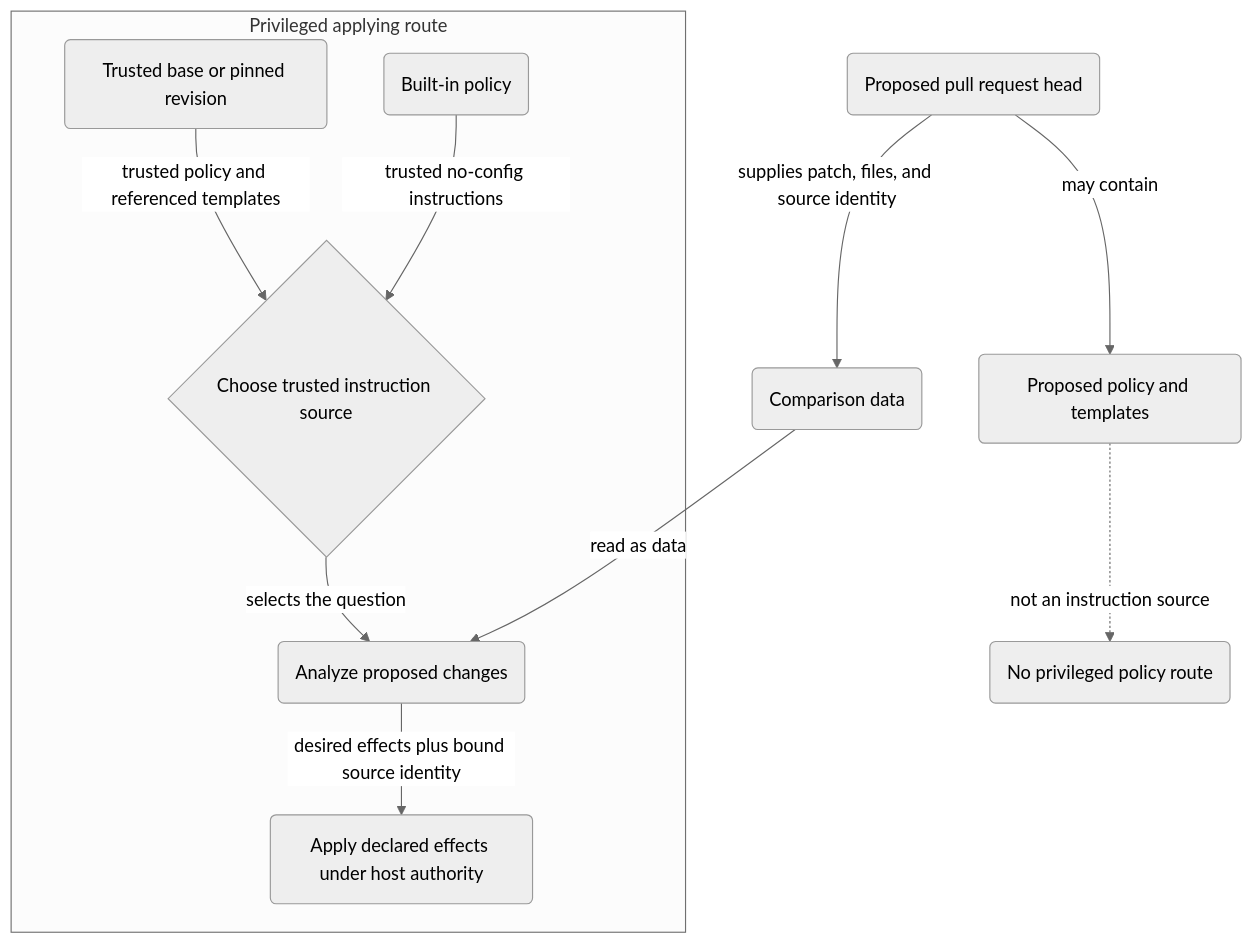
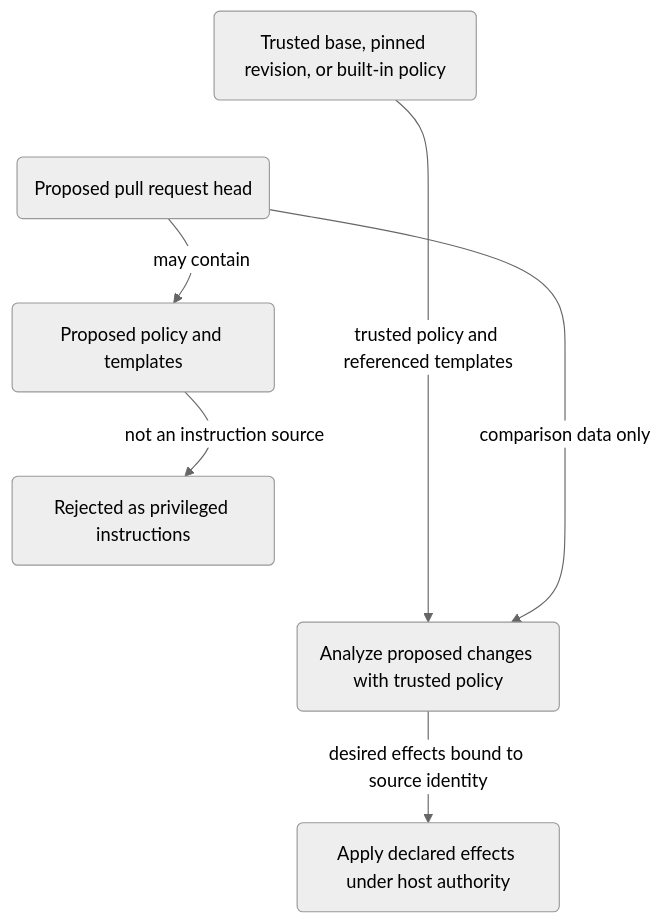
One commit to Wolfsblvt/diffdevil changed the diagram in docs/manual/assets/visuals/trust-boundary.mmd. Above: the diagram before and after it, drawn with Mermaid (neutral theme). The commit also changed 2 other files, not shown here.

```diff
--- a/docs/manual/assets/visuals/trust-boundary.mmd
+++ b/docs/manual/assets/visuals/trust-boundary.mmd
@@ -1,24 +1,21 @@
 flowchart TB
     accTitle: Proposed comparison data and trusted policy remain separate
     accDescr: A pull request's proposed head supplies comparison data. The privileged applying route takes instructions and referenced templates only from an immutable trusted base, a deliberately pinned revision, or built-in policy. Proposed policy has no route into privileged instruction execution.
 
+    trusted("Trusted base, pinned revision, or built-in policy")
     proposed("Proposed pull request head")
-    comparison("Comparison data"):::focus
     proposedPolicy("Proposed policy and templates"):::bad
+    blocked("Rejected as privileged instructions"):::bad
+    analyze("Analyze proposed changes with trusted policy"):::focus
+    apply("Apply declared effects under host authority"):::ok
 
-    subgraph writer["Privileged applying route"]
-        policyChoice{"Choose trusted instruction source"}
-        trusted("Trusted base or pinned revision")
-        builtin("Built-in policy")
-        analyze("Analyze proposed changes")
-        apply("Apply declared effects under host authority"):::ok
-    end
+    trusted ~~~ proposed
+    proposed ~~~ proposedPolicy
+    proposedPolicy ~~~ blocked
+    blocked ~~~ analyze
 
-    proposed -->|"supplies patch, files, and source identity"| comparison
+    trusted -->|"trusted policy and referenced templates"| analyze
+    proposed -->|"comparison data only"| analyze
     proposed -->|"may contain"| proposedPolicy
-    proposedPolicy -.->|"not an instruction source"| blocked("No privileged policy route"):::bad
-    trusted -->|"trusted policy and referenced templates"| policyChoice
-    builtin -->|"trusted no-config instructions"| policyChoice
-    policyChoice -->|"selects the question"| analyze
-    comparison -->|"read as data"| analyze
-    analyze -->|"desired effects plus bound source identity"| apply
+    proposedPolicy -->|"not an instruction source"| blocked
+    analyze -->|"desired effects bound to source identity"| apply
```
